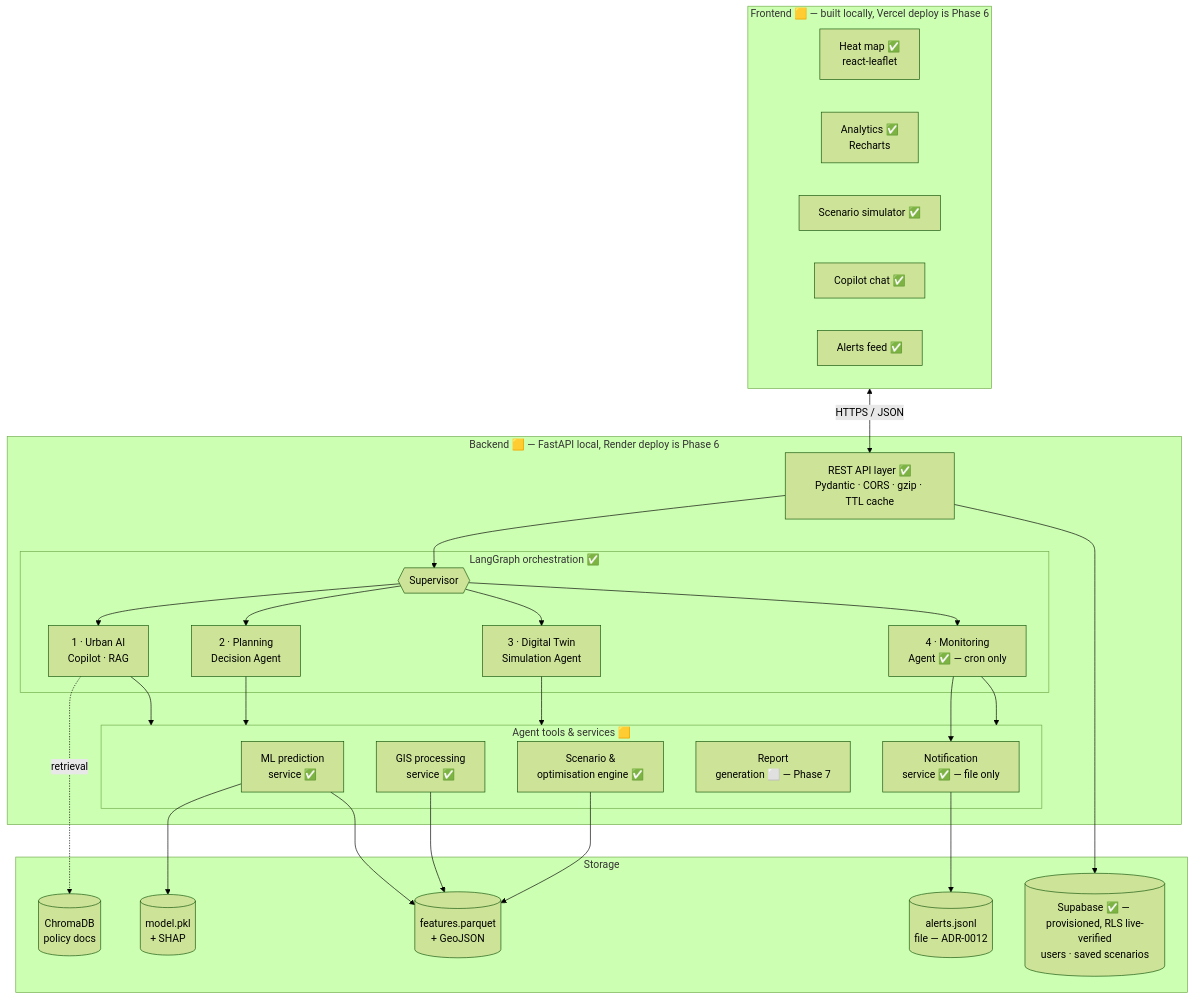
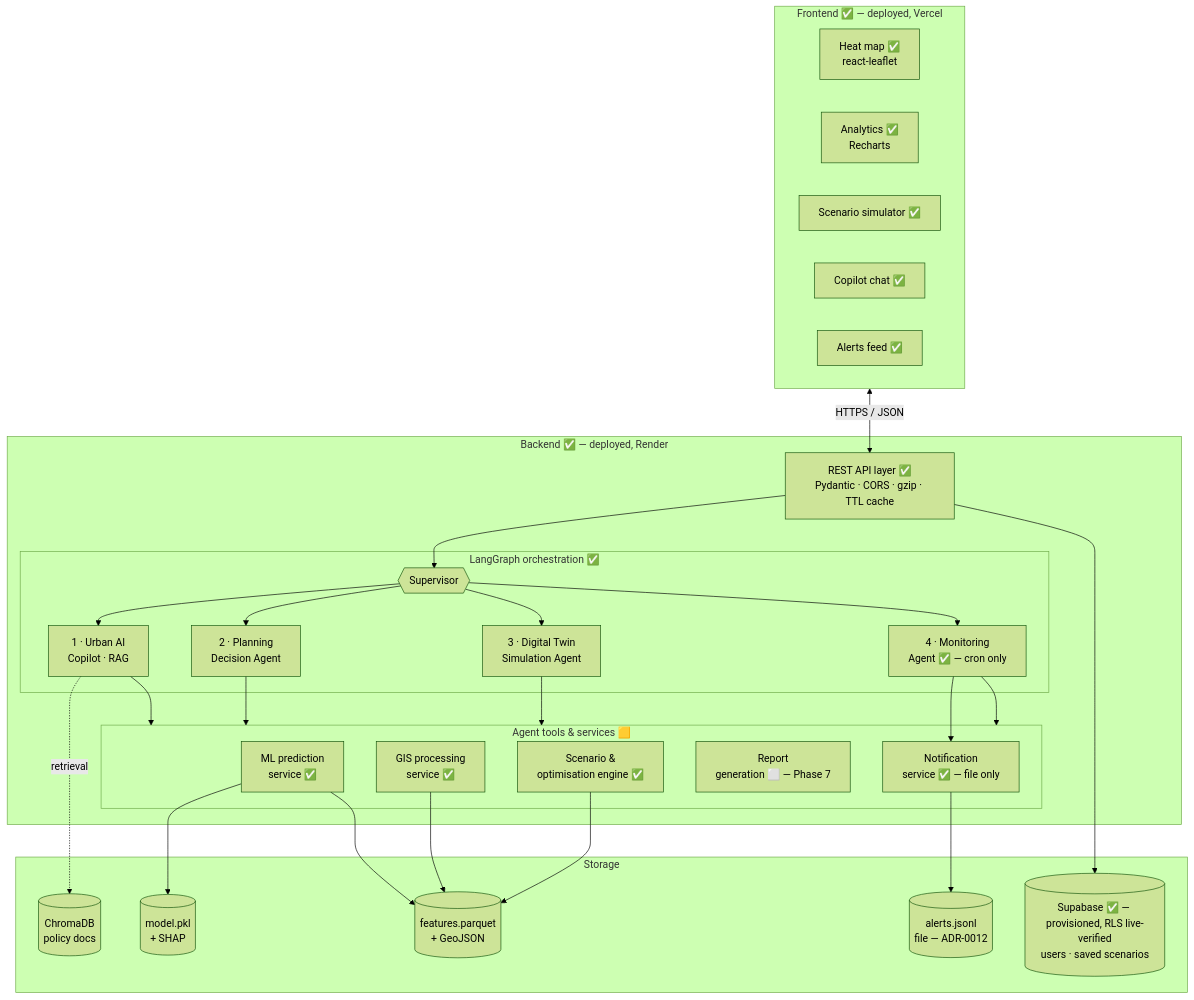
Before and after one commit to DevGurav/urbanheat-mumbai: the second of 5 diagrams in docs/architecture.md, drawn with Mermaid (forest theme). The commit also changed other lines of this file and 9 other files, not shown here.

````diff
--- a/docs/architecture.md
+++ b/docs/architecture.md
@@ -45,49 +44,49 @@
 ```mermaid
 flowchart TB
-    subgraph FE["Frontend 🟨 — built locally, Vercel deploy is Phase 6"]
+    subgraph FE["Frontend ✅ — deployed, Vercel"]
         direction LR
         MAP[Heat map ✅<br/>react-leaflet]
         AN[Analytics ✅<br/>Recharts]
         SIM[Scenario simulator ✅]
         CHAT[Copilot chat ✅]
         ALR[Alerts feed ✅]
     end
 
-    subgraph BE["Backend 🟨 — FastAPI local, Render deploy is Phase 6"]
+    subgraph BE["Backend ✅ — deployed, Render"]
         API[REST API layer ✅<br/>Pydantic · CORS · gzip · TTL cache]
 
         subgraph AG["LangGraph orchestration ✅"]
             SUP{{Supervisor}}
             A1[1 · Urban AI<br/>Copilot · RAG]
             A2[2 · Planning<br/>Decision Agent]
             A3[3 · Digital Twin<br/>Simulation Agent]
             A4[4 · Monitoring<br/>Agent ✅ — cron only]
         end
 
         subgraph SVC["Agent tools & services 🟨"]
             MLS[ML prediction<br/>service ✅]
             GIS[GIS processing<br/>service ✅]
             SCN[Scenario &<br/>optimisation engine ✅]
             RPT[Report<br/>generation ⬜ — Phase 7]
             NTF[Notification<br/>service ✅ — file only]
         end
     end
 
     subgraph ST["Storage"]
         FEAT[(features.parquet<br/>+ GeoJSON)]
         MDL[(model.pkl<br/>+ SHAP)]
         VEC[(ChromaDB<br/>policy docs)]
         ALOG[(alerts.jsonl<br/>file — ADR-0012)]
         SUPA[(Supabase ✅ — provisioned, RLS live-verified<br/>users · saved scenarios)]
     end
 
     FE <-->|HTTPS / JSON| API
     API --> SUP
     SUP --> A1 & A2 & A3 & A4
     A1 & A2 & A3 & A4 --> SVC
     A1 -.retrieval.-> VEC
     MLS --> MDL
     MLS & GIS & SCN --> FEAT
     A4 --> NTF --> ALOG
     API --> SUPA
 ```
````
